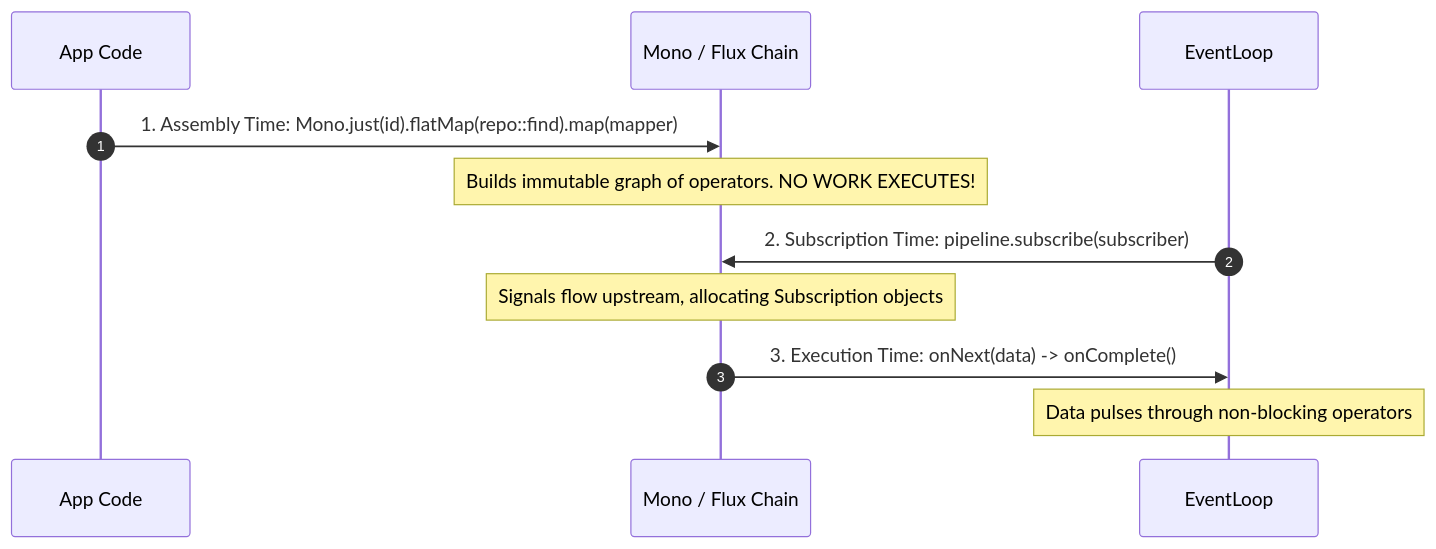
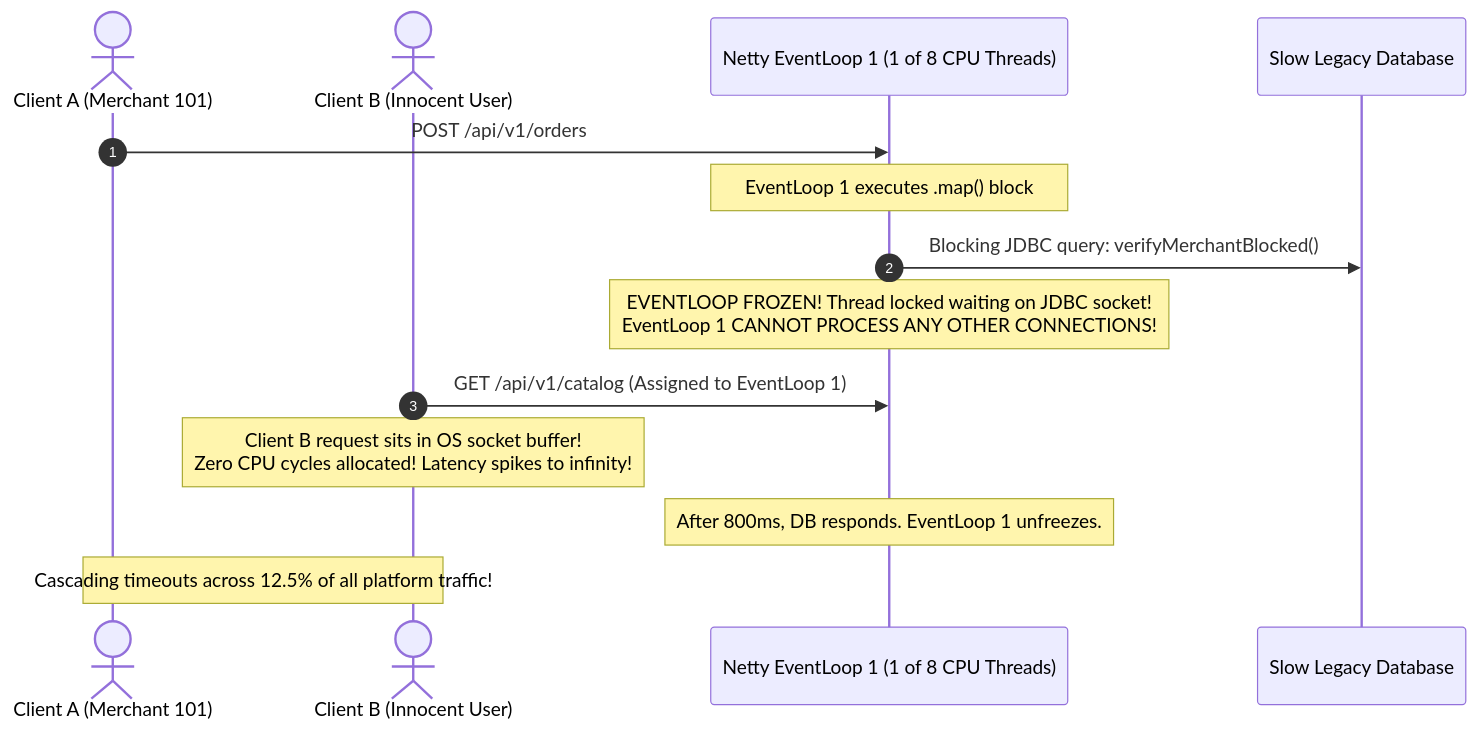
The third of 6 diagrams in docs/java/reactive-vs-virtual-threads.mdx (weaponxwolf/backend-engineering-mastry), drawn with Mermaid before and after one commit. The commit also changed other lines of this file and 16 other files, not shown here.

Commit message:
refactor: overhaul query design and migration documentation with detailed physical storage, visibility map, and concurrency safety principles.

````diff
--- a/docs/java/reactive-vs-virtual-threads.mdx
+++ b/docs/java/reactive-vs-virtual-threads.mdx
@@ -59,14 +116,19 @@
 ```mermaid
 sequenceDiagram
     autonumber
-    participant App as App Code
-    participant Pipeline as Mono / Flux Chain
-    participant Netty as EventLoop
+    actor ClientA as Client A (Merchant 101)
+    actor ClientB as Client B (Innocent User)
+    participant Netty as Netty EventLoop 1 (1 of 8 CPU Threads)
+    participant LegacyDB as Slow Legacy Database
 
-    App->>Pipeline: 1. Assembly Time: Mono.just(id).flatMap(repo::find).map(mapper)
-    Note over Pipeline: Builds immutable graph of operators. NO WORK EXECUTES!
-    Netty->>Pipeline: 2. Subscription Time: pipeline.subscribe(subscriber)
-    Note over Pipeline: Signals flow upstream, allocating Subscription objects
-    Pipeline->>Netty: 3. Execution Time: onNext(data) -> onComplete()
-    Note over Netty: Data pulses through non-blocking operators
+    ClientA->>Netty: POST /api/v1/orders
+    Note over Netty: EventLoop 1 executes .map() block
+    Netty->>LegacyDB: Blocking JDBC query: verifyMerchantBlocked()
+    Note over Netty: EVENTLOOP FROZEN! Thread locked waiting on JDBC socket!<br/>EventLoop 1 CANNOT PROCESS ANY OTHER CONNECTIONS!
+    
+    ClientB->>Netty: GET /api/v1/catalog (Assigned to EventLoop 1)
+    Note over ClientB: Client B request sits in OS socket buffer!<br/>Zero CPU cycles allocated! Latency spikes to infinity!
+    
+    Note over Netty: After 800ms, DB responds. EventLoop 1 unfreezes.
+    Note over ClientA,ClientB: Cascading timeouts across 12.5% of all platform traffic!
 ```
````
